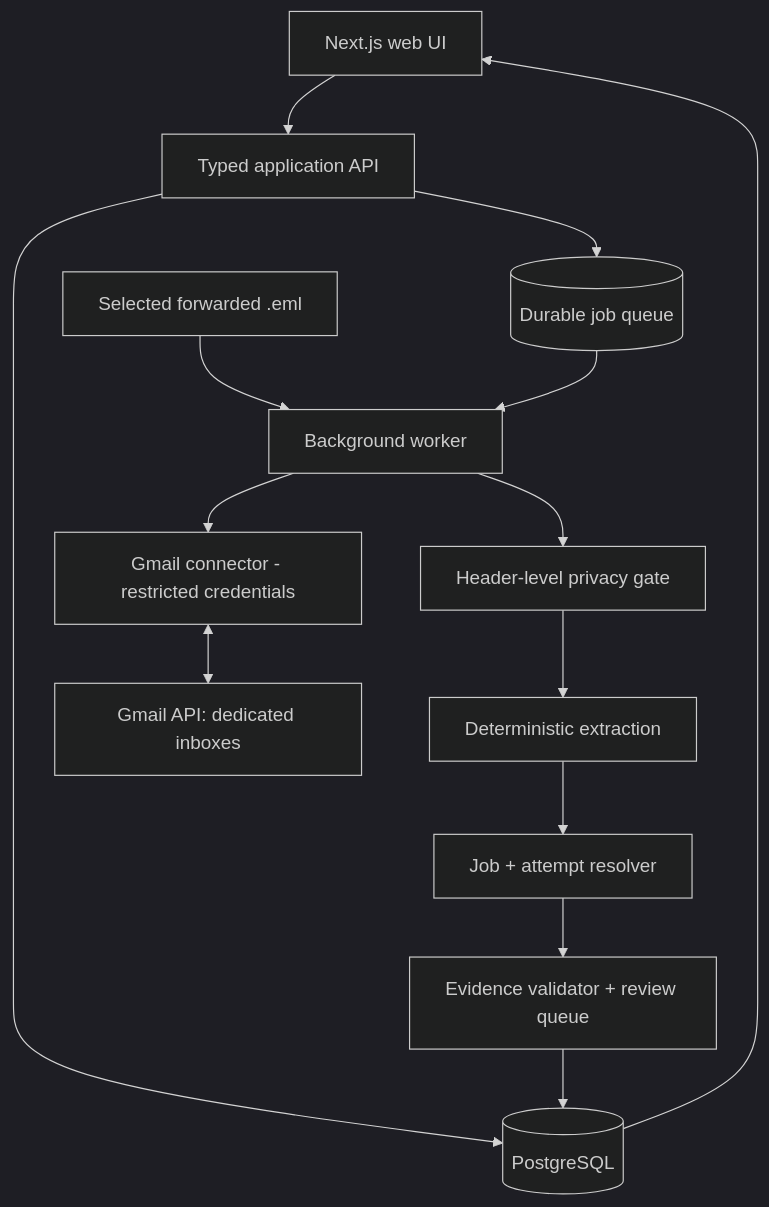
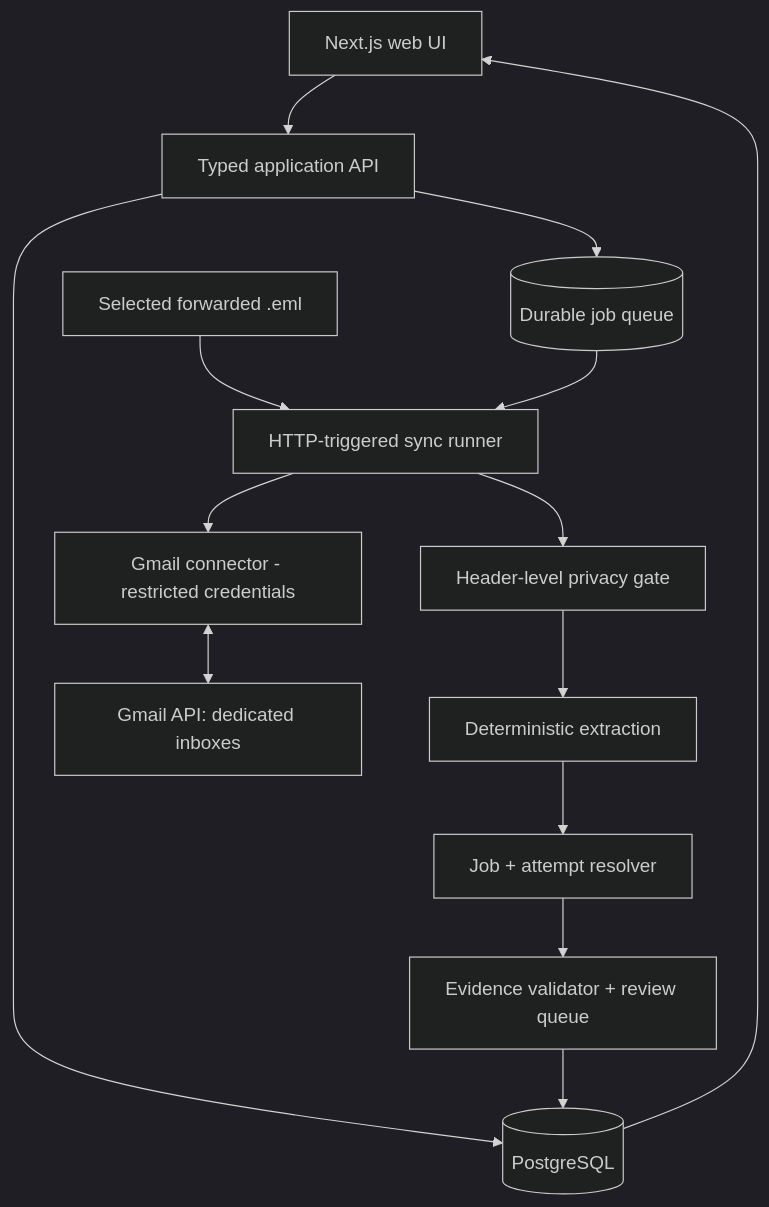
The first of 2 diagrams in docs/architecture.md (jaiswalrobin/ledger), drawn with Mermaid (dark theme) before and after one commit. The commit also changed other lines of this file and 11 other files, not shown here.

````diff
--- a/docs/architecture.md
+++ b/docs/architecture.md
@@ -22,16 +22,16 @@
 ```mermaid
 flowchart TD
     W[Next.js web UI] --> API[Typed application API]
     API --> DB[(PostgreSQL)]
     API --> Q[(Durable job queue)]
-    Q --> WORKER[Background worker]
+    Q --> WORKER[HTTP-triggered sync runner]
     WORKER --> GC[Gmail connector - restricted credentials]
     GC <--> GM[Gmail API: dedicated inboxes]
     WORKER --> GATE[Header-level privacy gate]
     GATE --> EX[Deterministic extraction]
     EX --> RES[Job + attempt resolver]
     RES --> VAL[Evidence validator + review queue]
     VAL --> DB
     FWD[Selected forwarded .eml] --> WORKER
     DB --> W
 ```
````
